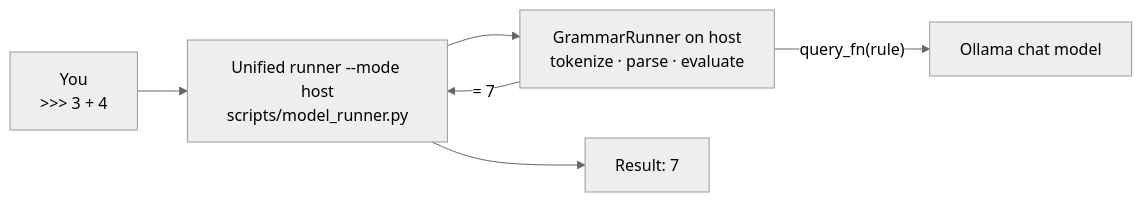
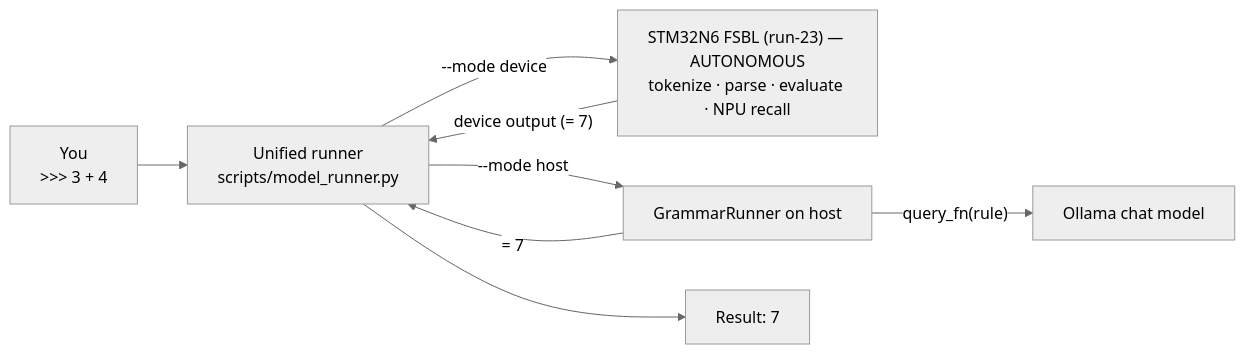
One commit to packetqc/AI changed the diagram in README.md. Above: the diagram before and after it, drawn with Mermaid. The commit also changed other lines of this file, not shown here.

First line of the commit message:
docs(README): dedicated Runner section regrouping all runner content

````diff
--- a/README.md
+++ b/README.md
@@ -629,9 +253,11 @@
 ```mermaid
 %%{init: {'theme':'neutral'}}%%
 flowchart LR
-    U["You<br/>&gt;&gt;&gt; 3 + 4"] --> CLI["Unified runner --mode host<br/>scripts/model_runner.py"]
-    CLI --> HOST["GrammarRunner on host<br/>tokenize · parse · evaluate"]
+    U["You<br/>&gt;&gt;&gt; 3 + 4"] --> CLI["Unified runner<br/>scripts/model_runner.py"]
+    CLI -->|"--mode device"| DEV["STM32N6 FSBL (run-23) — AUTONOMOUS<br/>tokenize · parse · evaluate · NPU recall"]
+    CLI -->|"--mode host"| HOST["GrammarRunner on host"]
     HOST -->|"query_fn(rule)"| OLL["Ollama chat model"]
+    DEV -->|"device output (= 7)"| CLI
     HOST -->|"= 7"| CLI
     CLI --> RES["Result: 7"]
 ```
````
